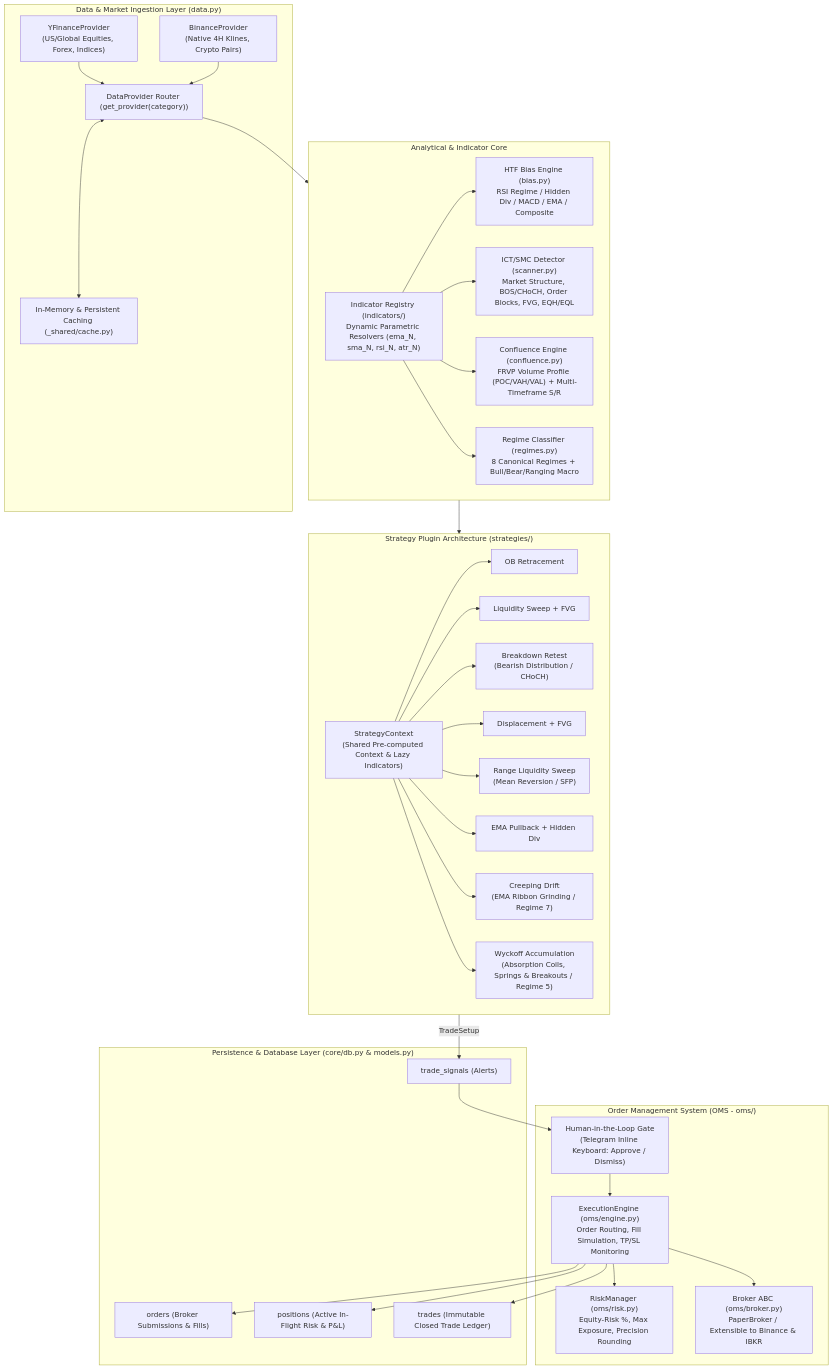
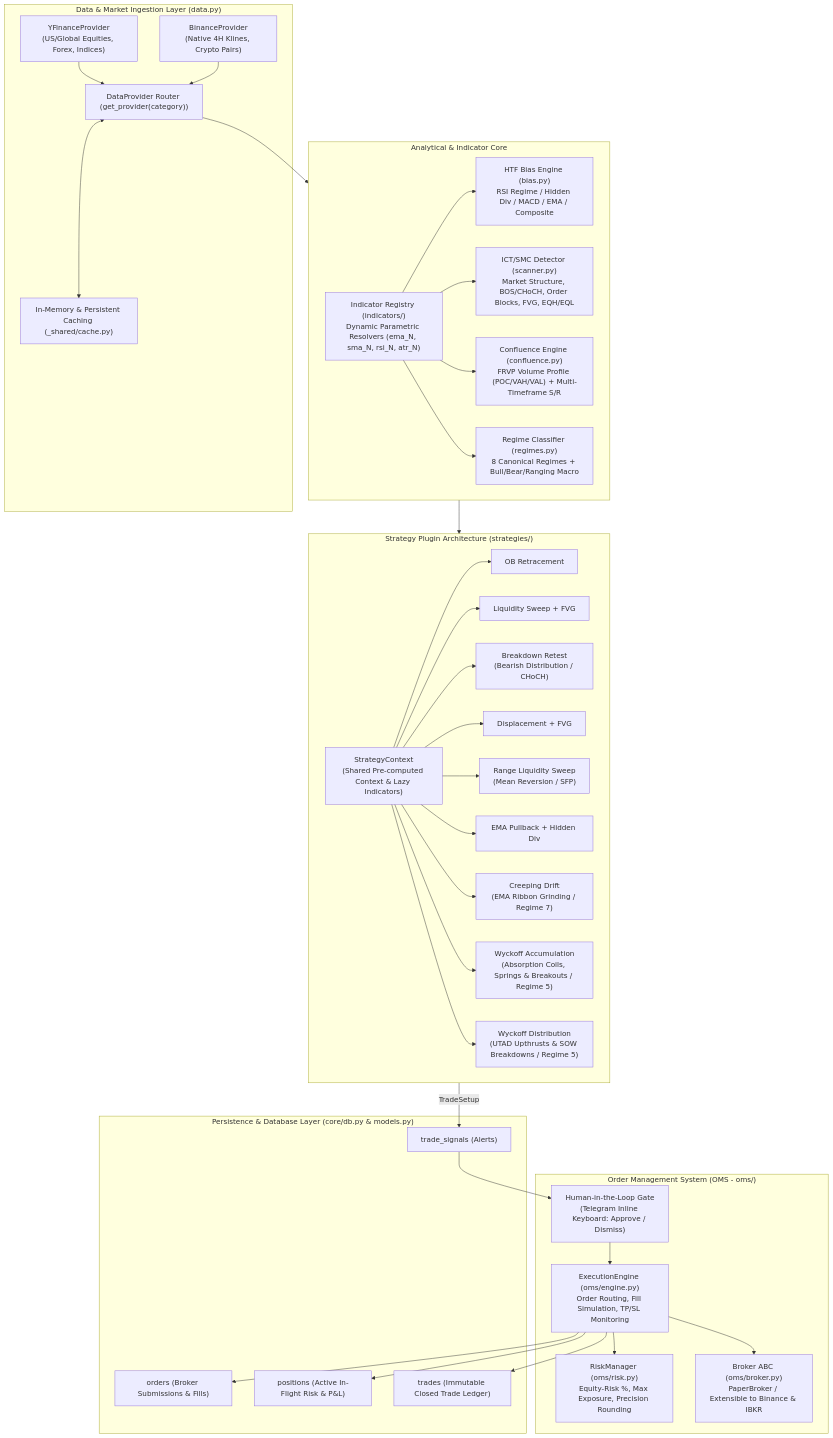
One commit to bash07/basheer.net changed the diagram in automation/app/modules/finance/trader/README_finance_trader.md. Above: the diagram before and after it, drawn with Mermaid. The commit also changed 5 other files, not shown here.

Commit message:
feat(trader): create dedicated WyckoffDistributionStrategy for short setups

````diff
--- a/automation/app/modules/finance/trader/README_finance_trader.md
+++ b/automation/app/modules/finance/trader/README_finance_trader.md
@@ -26,69 +26,71 @@
 ```mermaid
 flowchart TD
     subgraph MarketDataLayer["Data & Market Ingestion Layer (data.py)"]
         YF["YFinanceProvider\n(US/Global Equities, Forex, Indices)"]
         BN["BinanceProvider\n(Native 4H Klines, Crypto Pairs)"]
         DP["DataProvider Router (get_provider(category))"]
         CACHE["In-Memory & Persistent Caching (_shared/cache.py)"]
         YF --> DP
         BN --> DP
         DP <--> CACHE
     end
 
     subgraph AnalyticalCore["Analytical & Indicator Core"]
         IND["Indicator Registry (indicators/)\nDynamic Parametric Resolvers (ema_N, sma_N, rsi_N, atr_N)"]
         BIAS["HTF Bias Engine (bias.py)\nRSI Regime / Hidden Div / MACD / EMA / Composite"]
         SCAN["ICT/SMC Detector (scanner.py)\nMarket Structure, BOS/CHoCH, Order Blocks, FVG, EQH/EQL"]
         CONF["Confluence Engine (confluence.py)\nFRVP Volume Profile (POC/VAH/VAL) + Multi-Timeframe S/R"]
         REGIME["Regime Classifier (regimes.py)\n8 Canonical Regimes + Bull/Bear/Ranging Macro"]
         IND --> BIAS
         IND --> SCAN
         IND --> CONF
         IND --> REGIME
     end
 
     subgraph StrategyLayer["Strategy Plugin Architecture (strategies/)"]
         CTX["StrategyContext\n(Shared Pre-computed Context & Lazy Indicators)"]
         S1["OB Retracement"]
         S2["Liquidity Sweep + FVG"]
         S3["Breakdown Retest\n(Bearish Distribution / CHoCH)"]
         S4["Displacement + FVG"]
         S5["Range Liquidity Sweep\n(Mean Reversion / SFP)"]
         S6["EMA Pullback + Hidden Div"]
         S7["Creeping Drift\n(EMA Ribbon Grinding / Regime 7)"]
         S8["Wyckoff Accumulation\n(Absorption Coils, Springs & Breakouts / Regime 5)"]
+        S9["Wyckoff Distribution\n(UTAD Upthrusts & SOW Breakdowns / Regime 5)"]
         CTX --> S1
         CTX --> S2
         CTX --> S3
         CTX --> S4
         CTX --> S5
         CTX --> S6
         CTX --> S7
         CTX --> S8
+        CTX --> S9
     end
 
     subgraph ExecutionLayer["Order Management System (OMS - oms/)"]
         HUMAN["Human-in-the-Loop Gate\n(Telegram Inline Keyboard: Approve / Dismiss)"]
         RISK["RiskManager (oms/risk.py)\nEquity-Risk %, Max Exposure, Precision Rounding"]
         ENGINE["ExecutionEngine (oms/engine.py)\nOrder Routing, Fill Simulation, TP/SL Monitoring"]
         BROKER["Broker ABC (oms/broker.py)\nPaperBroker / Extensible to Binance & IBKR"]
         HUMAN --> ENGINE
         ENGINE --> RISK
         ENGINE --> BROKER
     end
 
     subgraph Persistence["Persistence & Database Layer (core/db.py & models.py)"]
         TS["trade_signals (Alerts)"]
         ORD["orders (Broker Submissions & Fills)"]
         POS["positions (Active In-Flight Risk & P&L)"]
         TR["trades (Immutable Closed Trade Ledger)"]
     end
 
     DP --> AnalyticalCore
     AnalyticalCore --> StrategyLayer
     StrategyLayer -->|TradeSetup| TS
     TS --> HUMAN
     ENGINE --> ORD
     ENGINE --> POS
     ENGINE --> TR
 ```
````
